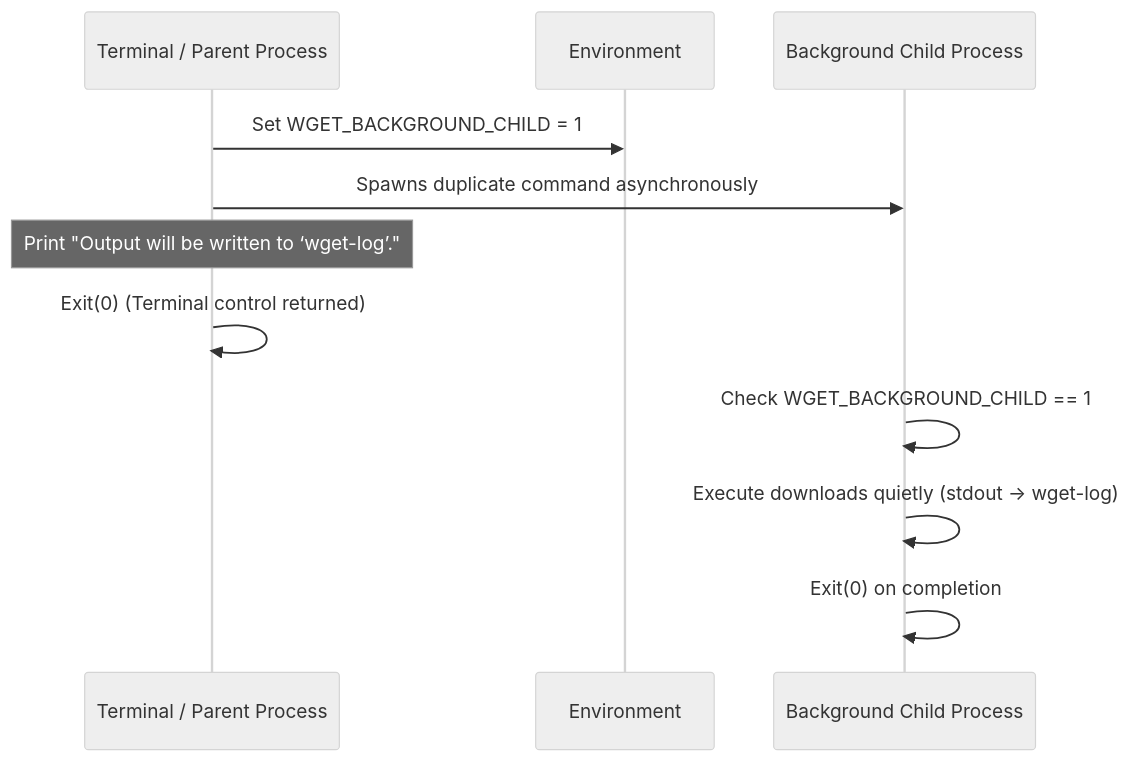
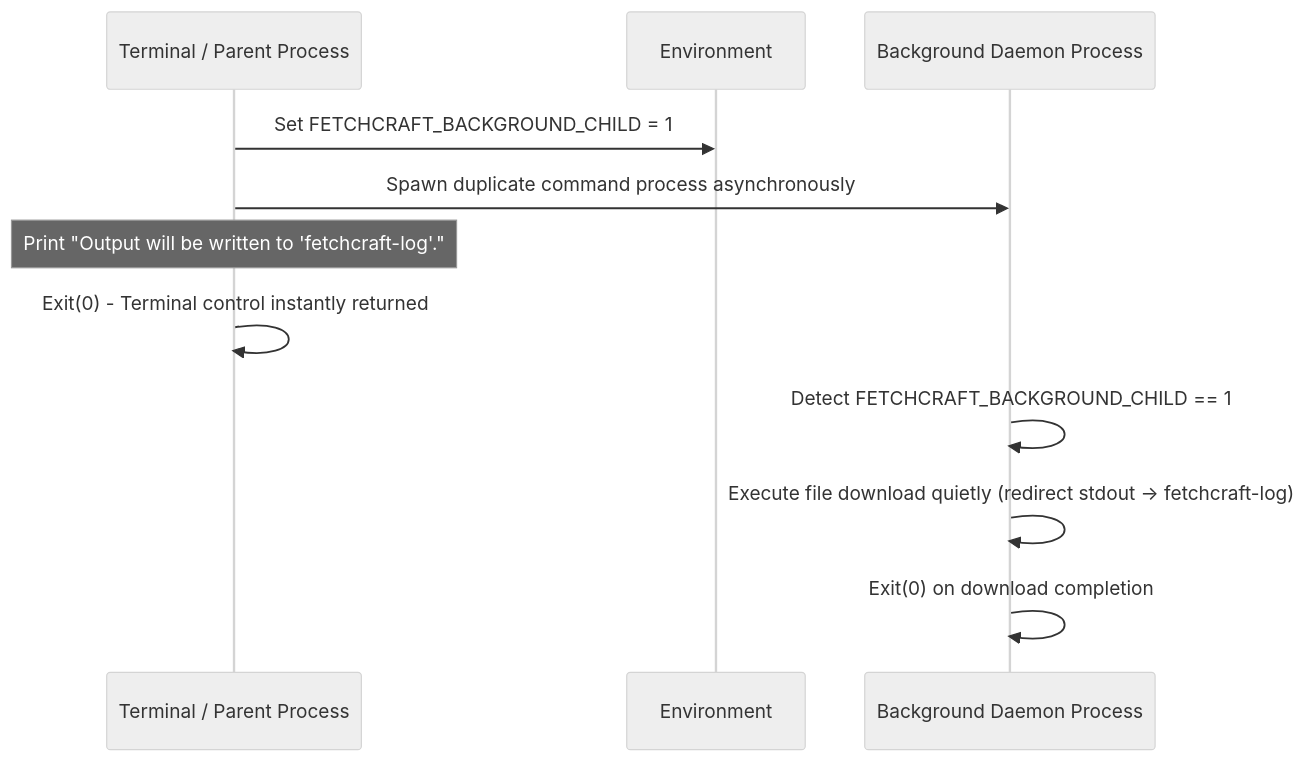
One commit to sahmedhusain/fetchcraft changed the second of 3 diagrams in README.md. Above: the diagram before and after it, drawn with Mermaid (neutral theme). The commit also changed other lines of this file and 6 other files, not shown here.

````diff
--- a/README.md
+++ b/README.md
@@ -101,15 +56,15 @@
 ```mermaid
 sequenceDiagram
     participant CLI as Terminal / Parent Process
     participant Env as Environment
-    participant Child as Background Child Process
+    participant Child as Background Daemon Process
+
+    CLI->>Env: Set FETCHCRAFT_BACKGROUND_CHILD = 1
+    CLI->>Child: Spawn duplicate command process asynchronously
+    Note over CLI: Print "Output will be written to 'fetchcraft-log'."
+    CLI->>CLI: Exit(0) - Terminal control instantly returned
     
-    CLI->>Env: Set WGET_BACKGROUND_CHILD = 1
-    CLI->>Child: Spawns duplicate command asynchronously
-    Note over CLI: Print "Output will be written to ‘wget-log’."
-    CLI->>CLI: Exit(0) (Terminal control returned)
-    
-    Child->>Child: Check WGET_BACKGROUND_CHILD == 1
-    Child->>Child: Execute downloads quietly (stdout -> wget-log)
-    Child->>Child: Exit(0) on completion
+    Child->>Child: Detect FETCHCRAFT_BACKGROUND_CHILD == 1
+    Child->>Child: Execute file download quietly (redirect stdout -> fetchcraft-log)
+    Child->>Child: Exit(0) on download completion
 ```
````
